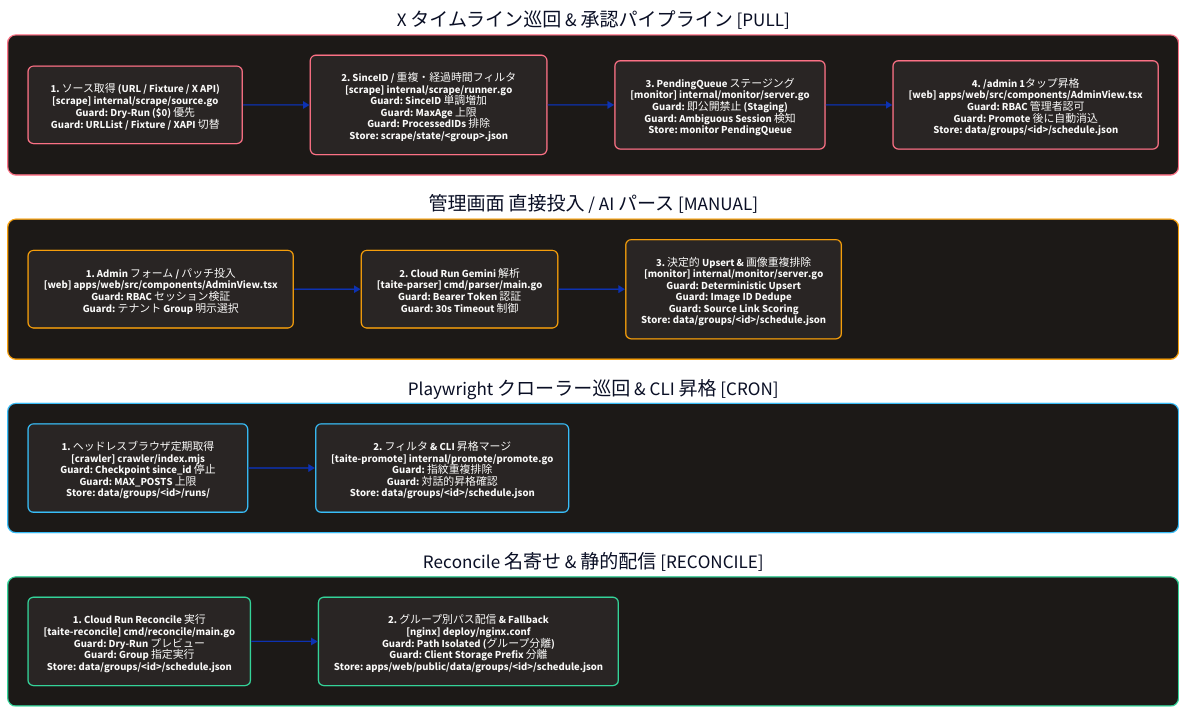
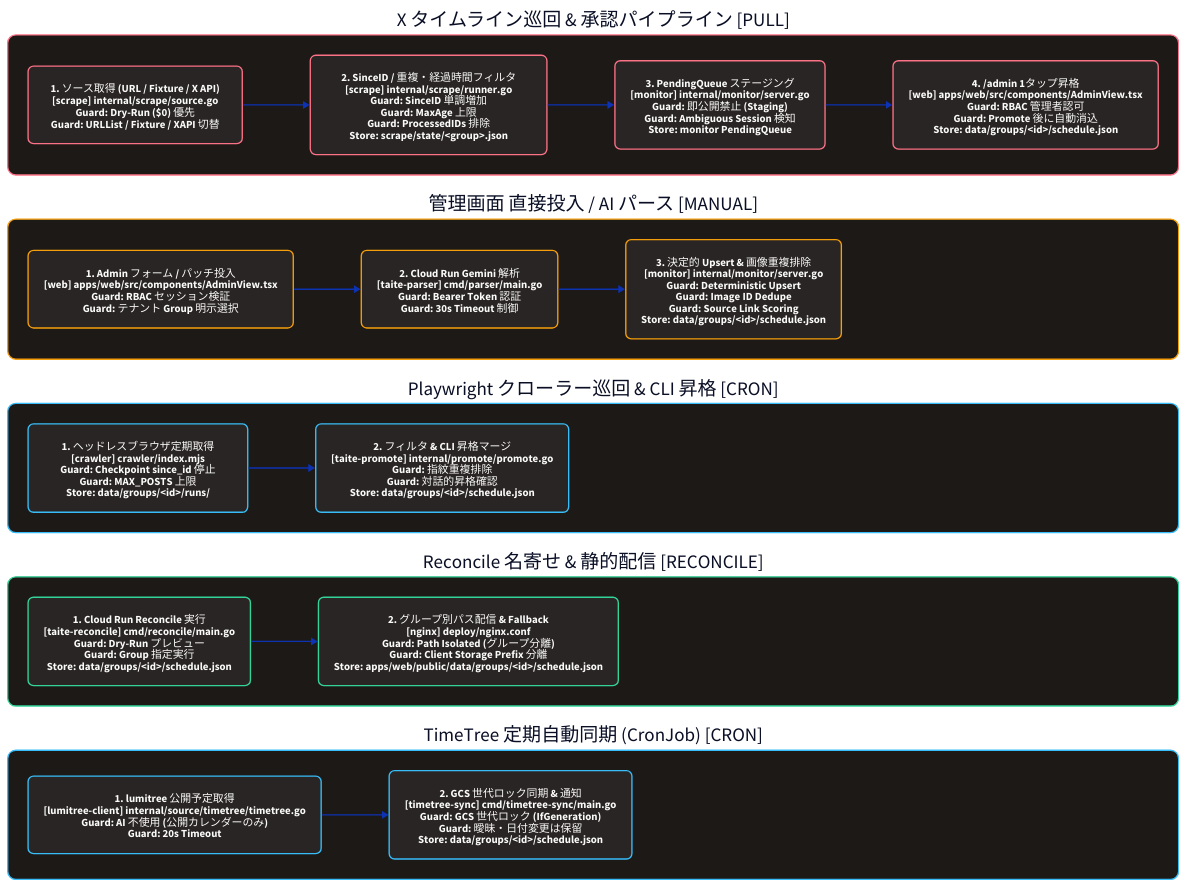
Before and after one commit to AobaIwaki123/taite-board: the diagram in docs/pipelines.d2, drawn with D2. The commit also changed 24 other files, not shown here.

First line of the commit message:
feat: TimeTree の公開予定を順次自動同期 (#216)

```diff
--- a/docs/pipelines.d2
+++ b/docs/pipelines.d2
@@ -1,104 +1,124 @@
 # Generated by scripts/gen-d2.mjs from docs/architecture.manifest.json. Do not edit manually.
 grid-columns: 1
 grid-gap: 24
 
 x_scrape_intake: "X タイムライン巡回 & 承認パイプライン [PULL]" {
   direction: right
   style.fill: "#1c1917"
   style.stroke: "#fb7185"
   style.border-radius: 12
   fetch_source: "1. ソース取得 (URL / Fixture / X API)\n[scrape] internal/scrape/source.go\nGuard: Dry-Run (\$0) 優先\nGuard: URLList / Fixture / XAPI 切替" {
     style.border-radius: 8
     style.fill: "#292524"
     style.stroke: "#fb7185"
     style.font-color: "#fafaf9"
   }
   dedupe_filter: "2. SinceID / 重複・経過時間フィルタ\n[scrape] internal/scrape/runner.go\nGuard: SinceID 単調増加\nGuard: MaxAge 上限\nGuard: ProcessedIDs 排除\nStore: scrape/state/<group>.json" {
     style.border-radius: 8
     style.fill: "#292524"
     style.stroke: "#fb7185"
     style.font-color: "#fafaf9"
   }
   stage_pending: "3. PendingQueue ステージング\n[monitor] internal/monitor/server.go\nGuard: 即公開禁止 (Staging)\nGuard: Ambiguous Session 検知\nStore: monitor PendingQueue" {
     style.border-radius: 8
     style.fill: "#292524"
     style.stroke: "#fb7185"
     style.font-color: "#fafaf9"
   }
   admin_promote: "4. /admin 1タップ昇格\n[web] apps/web/src/components/AdminView.tsx\nGuard: RBAC 管理者認可\nGuard: Promote 後に自動消込\nStore: data/groups/<id>/schedule.json" {
     style.border-radius: 8
     style.fill: "#292524"
     style.stroke: "#fb7185"
     style.font-color: "#fafaf9"
   }
   fetch_source -> dedupe_filter
   dedupe_filter -> stage_pending
   stage_pending -> admin_promote
 }
 
 manual_intake_ai: "管理画面 直接投入 / AI パース [MANUAL]" {
   direction: right
   style.fill: "#1c1917"
   style.stroke: "#f59e0b"
   style.border-radius: 12
   admin_submit: "1. Admin フォーム / パッチ投入\n[web] apps/web/src/components/AdminView.tsx\nGuard: RBAC セッション検証\nGuard: テナント Group 明示選択" {
     style.border-radius: 8
     style.fill: "#292524"
     style.stroke: "#f59e0b"
     style.font-color: "#fafaf9"
   }
   ai_parse: "2. Cloud Run Gemini 解析\n[taite-parser] cmd/parser/main.go\nGuard: Bearer Token 認証\nGuard: 30s Timeout 制御" {
     style.border-radius: 8
     style.fill: "#292524"
     style.stroke: "#f59e0b"
     style.font-color: "#fafaf9"
   }
   deterministic_upsert: "3. 決定的 Upsert & 画像重複排除\n[monitor] internal/monitor/server.go\nGuard: Deterministic Upsert\nGuard: Image ID Dedupe\nGuard: Source Link Scoring\nStore: data/groups/<id>/schedule.json" {
     style.border-radius: 8
     style.fill: "#292524"
     style.stroke: "#f59e0b"
     style.font-color: "#fafaf9"
   }
   admin_submit -> ai_parse
   ai_parse -> deterministic_upsert
 }
 
 crawler_batch: "Playwright クローラー巡回 & CLI 昇格 [CRON]" {
   direction: right
   style.fill: "#1c1917"
   style.stroke: "#38bdf8"
   style.border-radius: 12
   playwright_crawl: "1. ヘッドレスブラウザ定期取得\n[crawler] crawler/index.mjs\nGuard: Checkpoint since_id 停止\nGuard: MAX_POSTS 上限\nStore: data/groups/<id>/runs/" {
     style.border-radius: 8
     style.fill: "#292524"
     style.stroke: "#38bdf8"
     style.font-color: "#fafaf9"
   }
   promote_merge: "2. フィルタ & CLI 昇格マージ\n[taite-promote] internal/promote/promote.go\nGuard: 指紋重複排除\nGuard: 対話的昇格確認\nStore: data/groups/<id>/schedule.json" {
     style.border-radius: 8
     style.fill: "#292524"
     style.stroke: "#38bdf8"
     style.font-color: "#fafaf9"
   }
   playwright_crawl -> promote_merge
 }
 
 reconcile_sync: "Reconcile 名寄せ & 静的配信 [RECONCILE]" {
   direction: right
   style.fill: "#1c1917"
   style.stroke: "#34d399"
   style.border-radius: 12
   reconcile_job: "1. Cloud Run Reconcile 実行\n[taite-reconcile] cmd/reconcile/main.go\nGuard: Dry-Run プレビュー\nGuard: Group 指定実行\nStore: data/groups/<id>/schedule.json" {
     style.border-radius: 8
     style.fill: "#292524"
     style.stroke: "#34d399"
     style.font-color: "#fafaf9"
   }
   nginx_delivery: "2. グループ別パス配信 & Fallback\n[nginx] deploy/nginx.conf\nGuard: Path Isolated (グループ分離)\nGuard: Client Storage Prefix 分離\nStore: apps/web/public/data/groups/<id>/schedule.json" {
     style.border-radius: 8
     style.fill: "#292524"
     style.stroke: "#34d399"
     style.font-color: "#fafaf9"
   }
   reconcile_job -> nginx_delivery
 }
+
+timetree_auto_sync: "TimeTree 定期自動同期 (CronJob) [CRON]" {
+  direction: right
+  style.fill: "#1c1917"
+  style.stroke: "#38bdf8"
+  style.border-radius: 12
+  fetch_timetree: "1. lumitree 公開予定取得\n[lumitree-client] internal/source/timetree/timetree.go\nGuard: AI 不使用 (公開カレンダーのみ)\nGuard: 20s Timeout" {
+    style.border-radius: 8
+    style.fill: "#292524"
+    style.stroke: "#38bdf8"
+    style.font-color: "#fafaf9"
+  }
+  sync_schedule_gcs: "2. GCS 世代ロック同期 & 通知\n[timetree-sync] cmd/timetree-sync/main.go\nGuard: GCS 世代ロック (IfGeneration)\nGuard: 曖昧・日付変更は保留\nStore: data/groups/<id>/schedule.json" {
+    style.border-radius: 8
+    style.fill: "#292524"
+    style.stroke: "#38bdf8"
+    style.font-color: "#fafaf9"
+  }
+  fetch_timetree -> sync_schedule_gcs
+}
```
